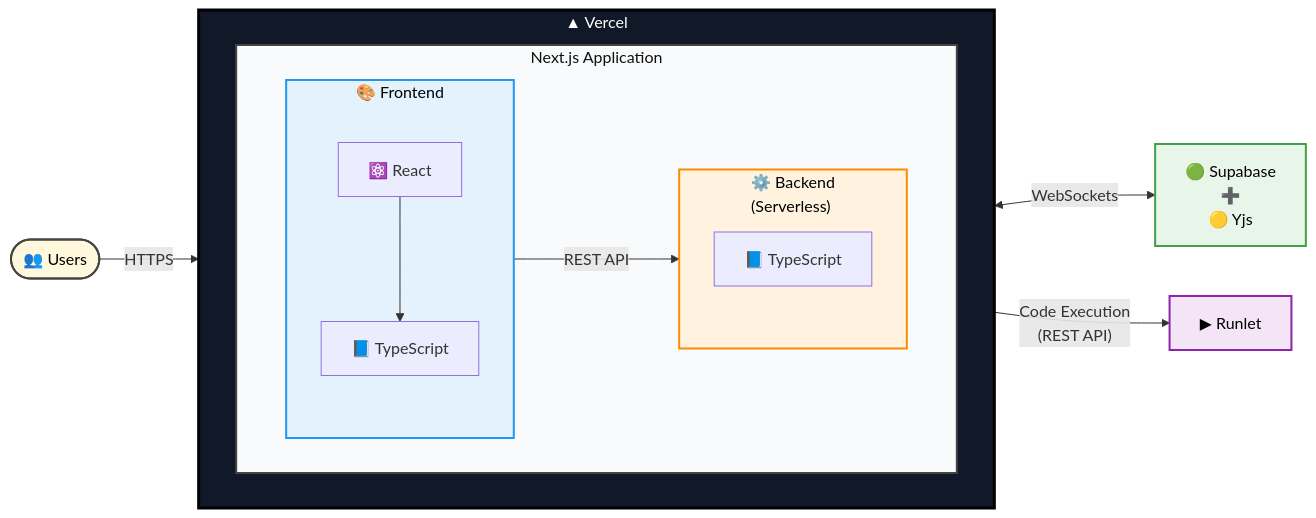
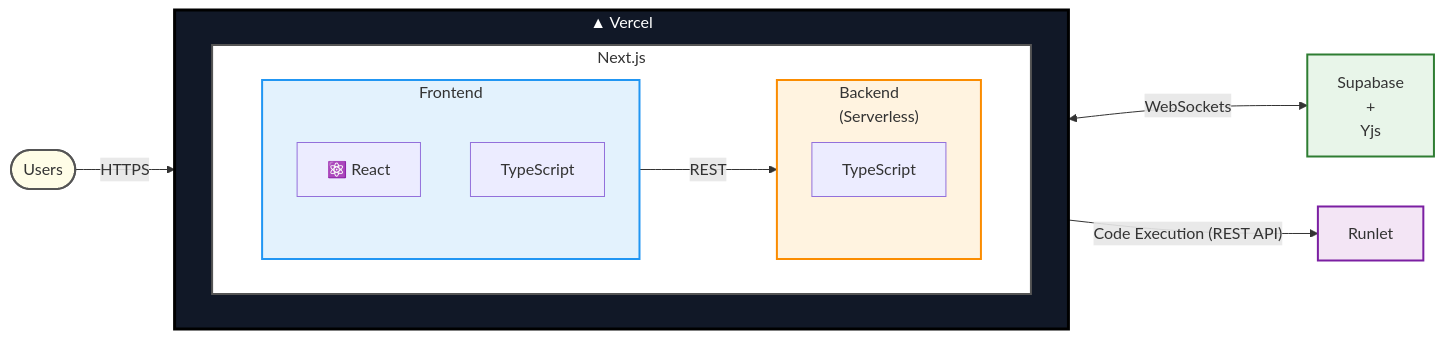
One commit to Nravitejareddy/Dev-Along changed the diagram in README.md. Above: the diagram before and after it, drawn with Mermaid.

Commit message:
Revise flowchart and service descriptions in README
Updated flowchart in README to reflect new structure and services.

````diff
--- a/README.md
+++ b/README.md
@@ -23,80 +23,47 @@
 ```mermaid
 flowchart LR
 
-%% =========================
-%% Users
-%% =========================
-U([👥 Users])
+user([Users])
 
-%% =========================
-%% Vercel Container
-%% =========================
-subgraph V["▲ Vercel"]
-direction LR
+subgraph vercel["▲ Vercel"]
+    direction LR
 
-    subgraph N["Next.js Application"]
+    subgraph next["Next.js"]
 
         direction LR
 
-        subgraph FE["🎨 Frontend"]
-        direction TB
-            React["⚛️ React"]
-            TS1["📘 TypeScript"]
-            React --> TS1
+        subgraph frontend["Frontend"]
+            react["⚛️ React"]
+            tsf["TypeScript"]
         end
 
-        subgraph BE["⚙️ Backend<br/>(Serverless)"]
-        direction TB
-            TS2["📘 TypeScript"]
+        subgraph backend["Backend<br/>(Serverless)"]
+            tsb["TypeScript"]
         end
 
-        FE -- REST API --> BE
+        frontend -->|REST| backend
 
     end
-
 end
 
-%% =========================
-%% External Services
-%% =========================
+supabase["Supabase<br/>+<br/>Yjs"]
 
-SB["🟢 Supabase<br/>➕<br/>🟡 Yjs"]
+runlet["Runlet"]
 
-RUN["▶ Runlet"]
+user -->|HTTPS| frontend
 
-%% =========================
-%% Connections
-%% =========================
+frontend <-->|WebSockets| supabase
 
-U -- HTTPS --> FE
+backend -->|"Code Execution (REST API)"| runlet
 
-FE <-->|WebSockets| SB
+style vercel fill:#111827,stroke:#000,color:#fff,stroke-width:3px
+style next fill:#ffffff,stroke:#555,stroke-width:2px
 
-BE -- "Code Execution<br/>(REST API)" --> RUN
+style frontend fill:#E3F2FD,stroke:#2196F3,stroke-width:2px
+style backend fill:#FFF3E0,stroke:#FB8C00,stroke-width:2px
 
-%% =========================
-%% Styling
-%% =========================
+style supabase fill:#E8F5E9,stroke:#2E7D32,stroke-width:2px
+style runlet fill:#F3E5F5,stroke:#7B1FA2,stroke-width:2px
 
-classDef user fill:#FFF8DC,stroke:#444,stroke-width:2px,color:#000;
-
-classDef vercel fill:#111827,stroke:#000,color:#fff,stroke-width:3px;
-
-classDef next fill:#F9FAFB,stroke:#444,stroke-width:2px,color:#111;
-
-classDef frontend fill:#E3F2FD,stroke:#2196F3,stroke-width:2px,color:#000;
-
-classDef backend fill:#FFF3E0,stroke:#FB8C00,stroke-width:2px,color:#000;
-
-classDef service fill:#E8F5E9,stroke:#43A047,stroke-width:2px,color:#000;
-
-classDef runlet fill:#F3E5F5,stroke:#8E24AA,stroke-width:2px,color:#000;
-
-class U user;
-class V vercel;
-class N next;
-class FE frontend;
-class BE backend;
-class SB service;
-class RUN runlet;
+style user fill:#FFFDE7,stroke:#555,stroke-width:2px
 ```
````
